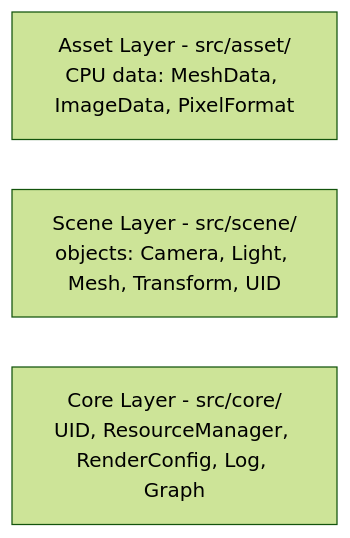
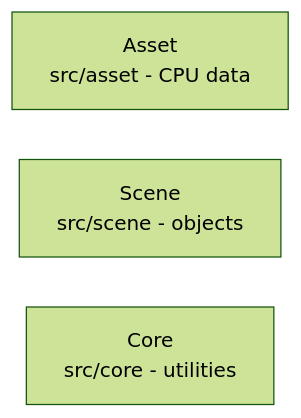
Before and after one commit to XDzZyq/Neurus: the third of 5 diagrams in docs/architecture/overview.md, drawn with Mermaid (forest theme). The commit also changed other lines of this file and 14 other files, not shown here.

First line of the commit message:
docs(diagrams): cut node labels to two short lines

````diff
--- a/docs/architecture/overview.md
+++ b/docs/architecture/overview.md
@@ -46,9 +46,9 @@
 ```mermaid
 %%{init: {"flowchart": {"rankSpacing": 40}}}%%
 flowchart TB
-        asset["Asset Layer - src/asset/<br/>CPU data: MeshData, ImageData, PixelFormat"]
-        scene["Scene Layer - src/scene/<br/>objects: Camera, Light, Mesh, Transform, UID"]
-        core["Core Layer - src/core/<br/>UID, ResourceManager, RenderConfig, Log, Graph"]
+        asset["Asset<br/>src/asset - CPU data"]
+        scene["Scene<br/>src/scene - objects"]
+        core["Core<br/>src/core - utilities"]
 
         asset ~~~ scene ~~~ core
 ```
````
